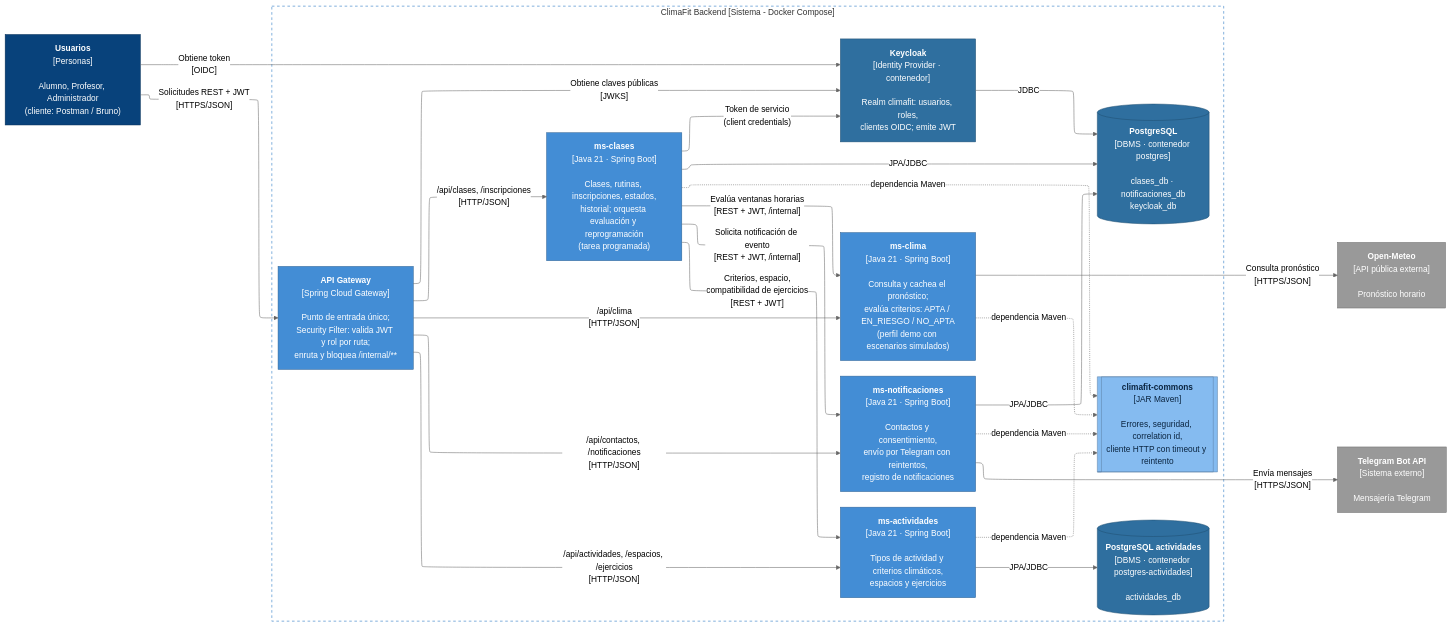
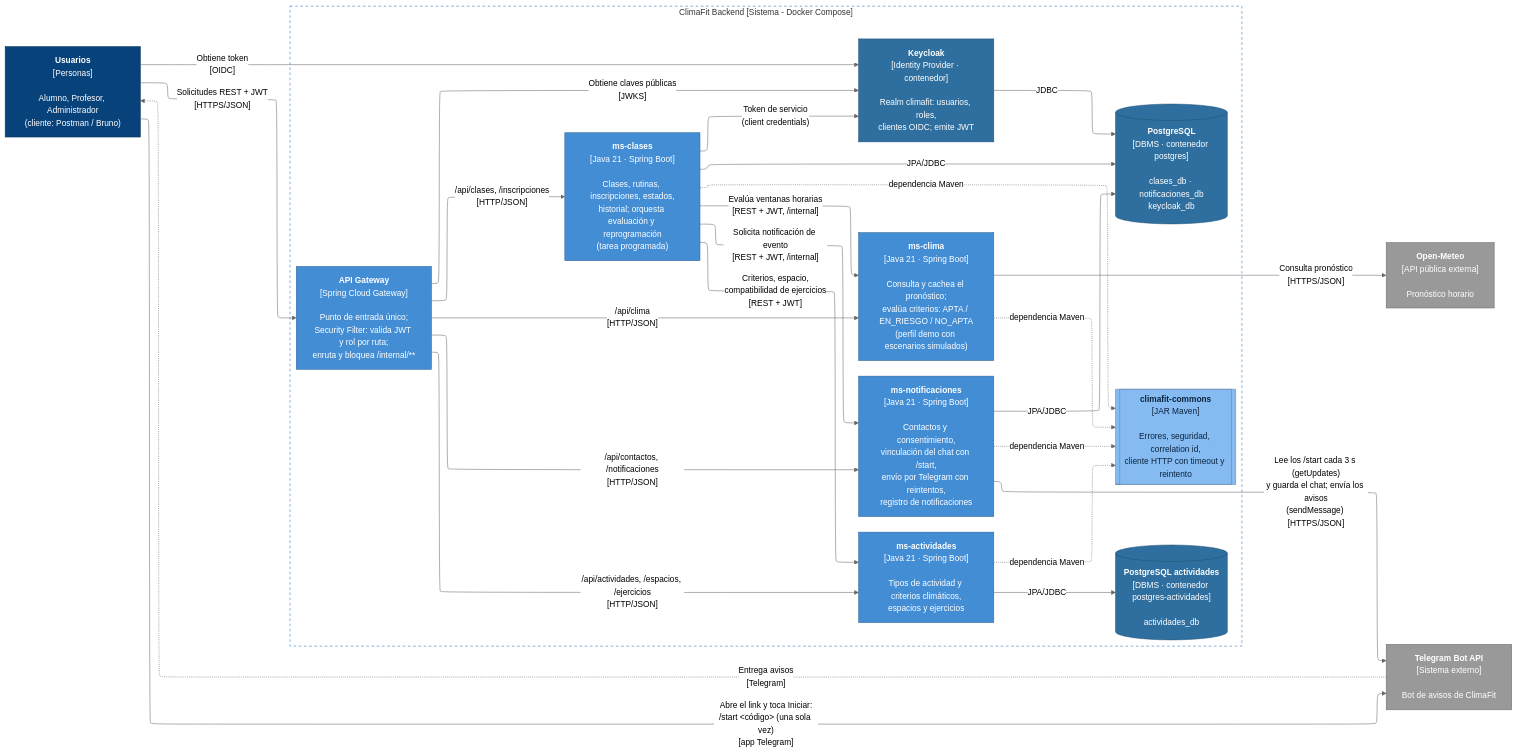
The diagram in docs/diagramas/c4-contenedores.mmd (tomy91449/climafit), drawn with Mermaid (neutral theme) before and after one commit. The commit also changed 9 other files, not shown here.

First line of the commit message:
Diagramas: vinculación con Telegram por /start

```diff
--- a/docs/diagramas/c4-contenedores.mmd
+++ b/docs/diagramas/c4-contenedores.mmd
@@ -1,60 +1,62 @@
 ---
 config:
   layout: elk
 ---
 %% C2 - Diagrama de Contenedores (C4) - ClimaFit
 flowchart LR
   usuarios["<b>Usuarios</b><br/>[Personas]<br/><br/>Alumno, Profesor, Administrador<br/>(cliente: Postman / Bruno)"]
 
   subgraph sistema["ClimaFit Backend [Sistema - Docker Compose]"]
     gateway["<b>API Gateway</b><br/>[Spring Cloud Gateway]<br/><br/>Punto de entrada único;<br/>Security Filter: valida JWT y rol por ruta;<br/>enruta y bloquea /internal/**"]
     actividades["<b>ms-actividades</b><br/>[Java 21 · Spring Boot]<br/><br/>Tipos de actividad y criterios climáticos,<br/>espacios y ejercicios"]
     clases["<b>ms-clases</b><br/>[Java 21 · Spring Boot]<br/><br/>Clases, rutinas, inscripciones, estados,<br/>historial; orquesta evaluación y reprogramación<br/>(tarea programada)"]
     clima["<b>ms-clima</b><br/>[Java 21 · Spring Boot]<br/><br/>Consulta y cachea el pronóstico;<br/>evalúa criterios: APTA / EN_RIESGO / NO_APTA<br/>(perfil demo con escenarios simulados)"]
-    notificaciones["<b>ms-notificaciones</b><br/>[Java 21 · Spring Boot]<br/><br/>Contactos y consentimiento,<br/>envío por Telegram con reintentos,<br/>registro de notificaciones"]
+    notificaciones["<b>ms-notificaciones</b><br/>[Java 21 · Spring Boot]<br/><br/>Contactos y consentimiento,<br/>vinculación del chat con /start,<br/>envío por Telegram con reintentos,<br/>registro de notificaciones"]
     commons[["<b>climafit-commons</b><br/>[JAR Maven]<br/><br/>Errores, seguridad, correlation id,<br/>cliente HTTP con timeout y reintento"]]
     db[("<b>PostgreSQL</b><br/>[DBMS · contenedor postgres]<br/><br/>clases_db · notificaciones_db<br/>keycloak_db")]
     dbActividades[("<b>PostgreSQL actividades</b><br/>[DBMS · contenedor postgres-actividades]<br/><br/>actividades_db")]
     keycloak["<b>Keycloak</b><br/>[Identity Provider · contenedor]<br/><br/>Realm climafit: usuarios, roles,<br/>clientes OIDC; emite JWT"]
   end
 
   openmeteo["<b>Open-Meteo</b><br/>[API pública externa]<br/><br/>Pronóstico horario"]
-  telegram["<b>Telegram Bot API</b><br/>[Sistema externo]<br/><br/>Mensajería Telegram"]
+  telegram["<b>Telegram Bot API</b><br/>[Sistema externo]<br/><br/>Bot de avisos de ClimaFit"]
 
   usuarios -- "Obtiene token<br/>[OIDC]" --> keycloak
   usuarios -- "Solicitudes REST + JWT<br/>[HTTPS/JSON]" --> gateway
+  usuarios -- "Abre el link y toca Iniciar:<br/>/start #lt;código#gt; (una sola vez)<br/>[app Telegram]" --> telegram
   gateway -- "Obtiene claves públicas<br/>[JWKS]" --> keycloak
   gateway -- "/api/actividades, /espacios, /ejercicios<br/>[HTTP/JSON]" --> actividades
   gateway -- "/api/clases, /inscripciones<br/>[HTTP/JSON]" --> clases
   gateway -- "/api/clima<br/>[HTTP/JSON]" --> clima
   gateway -- "/api/contactos, /notificaciones<br/>[HTTP/JSON]" --> notificaciones
 
   clases -- "Criterios, espacio,<br/>compatibilidad de ejercicios<br/>[REST + JWT]" --> actividades
   clases -- "Evalúa ventanas horarias<br/>[REST + JWT, /internal]" --> clima
   clases -- "Solicita notificación de evento<br/>[REST + JWT, /internal]" --> notificaciones
   clases -- "Token de servicio<br/>(client credentials)" --> keycloak
 
   actividades -- "JPA/JDBC" --> dbActividades
   clases -- "JPA/JDBC" --> db
   notificaciones -- "JPA/JDBC" --> db
   keycloak -- "JDBC" --> db
 
   clima -- "Consulta pronóstico<br/>[HTTPS/JSON]" --> openmeteo
-  notificaciones -- "Envía mensajes<br/>[HTTPS/JSON]" --> telegram
+  notificaciones -- "Lee los /start cada 3 s (getUpdates)<br/>y guarda el chat; envía los avisos<br/>(sendMessage) [HTTPS/JSON]" --> telegram
+  telegram -. "Entrega avisos<br/>[Telegram]" .-> usuarios
 
   actividades -.->|"dependencia Maven"| commons
   clases -.->|"dependencia Maven"| commons
   clima -.->|"dependencia Maven"| commons
   notificaciones -.->|"dependencia Maven"| commons
 
   classDef persona fill:#08427b,stroke:#052e56,color:#ffffff
   classDef contenedor fill:#438dd5,stroke:#2e6295,color:#ffffff
   classDef infra fill:#2f6f9f,stroke:#1f4f73,color:#ffffff
   classDef libreria fill:#85bbf0,stroke:#5d82a8,color:#0b2540
   classDef externo fill:#999999,stroke:#6b6b6b,color:#ffffff
   class usuarios persona
   class gateway,actividades,clases,clima,notificaciones contenedor
   class db,dbActividades,keycloak infra
   class commons libreria
   class openmeteo,telegram externo
   style sistema fill:#ffffff,stroke:#1168bd,stroke-dasharray: 5 5
```
